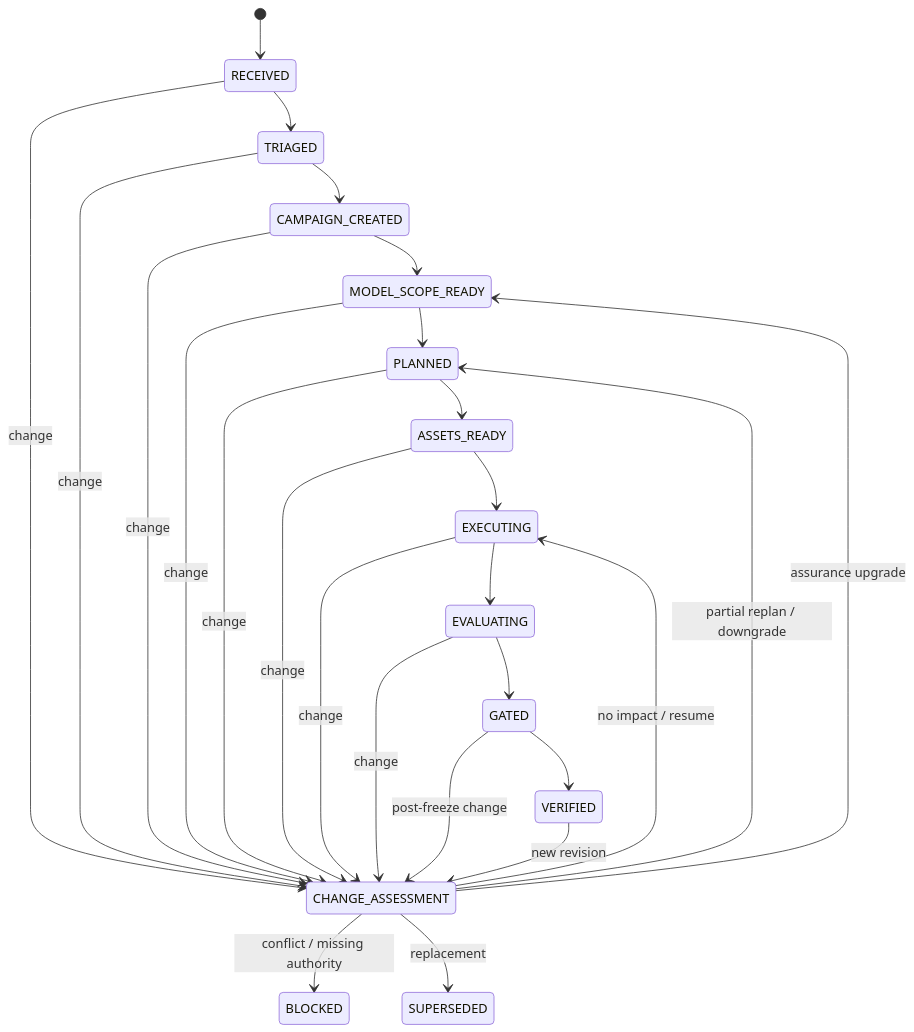
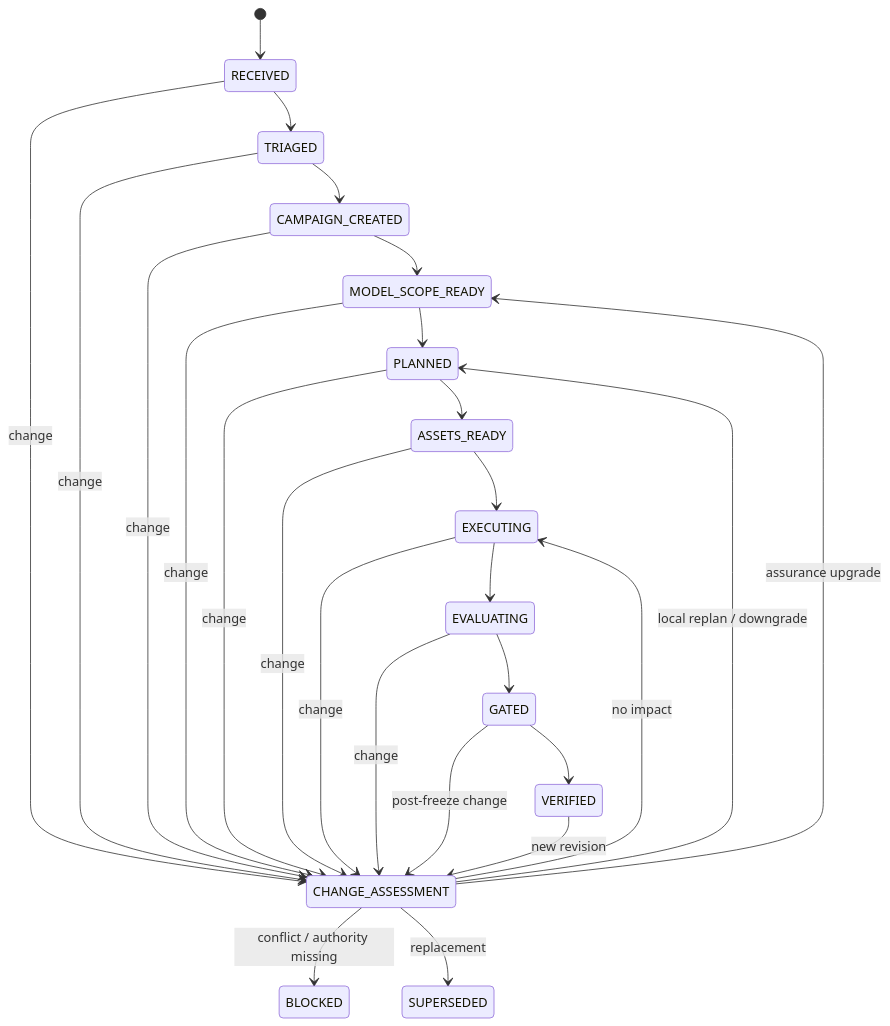
The second of 2 diagrams in docs/ai-test-agent-closed-loop-plan.md (lsq1030757028/Pytest-playwright-e2e), drawn with Mermaid before and after one commit. The commit also changed other lines of this file, not shown here.

Commit message:
docs: revise roadmap around capability harness

````diff
--- a/docs/ai-test-agent-closed-loop-plan.md
+++ b/docs/ai-test-agent-closed-loop-plan.md
@@ -360,30 +192,30 @@
 ```mermaid
 stateDiagram-v2
     [*] --> RECEIVED
     RECEIVED --> TRIAGED
     TRIAGED --> CAMPAIGN_CREATED
     CAMPAIGN_CREATED --> MODEL_SCOPE_READY
     MODEL_SCOPE_READY --> PLANNED
     PLANNED --> ASSETS_READY
     ASSETS_READY --> EXECUTING
     EXECUTING --> EVALUATING
     EVALUATING --> GATED
     GATED --> VERIFIED
 
     RECEIVED --> CHANGE_ASSESSMENT: change
     TRIAGED --> CHANGE_ASSESSMENT: change
     CAMPAIGN_CREATED --> CHANGE_ASSESSMENT: change
     MODEL_SCOPE_READY --> CHANGE_ASSESSMENT: change
     PLANNED --> CHANGE_ASSESSMENT: change
     ASSETS_READY --> CHANGE_ASSESSMENT: change
     EXECUTING --> CHANGE_ASSESSMENT: change
     EVALUATING --> CHANGE_ASSESSMENT: change
     GATED --> CHANGE_ASSESSMENT: post-freeze change
     VERIFIED --> CHANGE_ASSESSMENT: new revision
 
-    CHANGE_ASSESSMENT --> EXECUTING: no impact / resume
-    CHANGE_ASSESSMENT --> PLANNED: partial replan / downgrade
+    CHANGE_ASSESSMENT --> EXECUTING: no impact
+    CHANGE_ASSESSMENT --> PLANNED: local replan / downgrade
     CHANGE_ASSESSMENT --> MODEL_SCOPE_READY: assurance upgrade
-    CHANGE_ASSESSMENT --> BLOCKED: conflict / missing authority
+    CHANGE_ASSESSMENT --> BLOCKED: conflict / authority missing
     CHANGE_ASSESSMENT --> SUPERSEDED: replacement
 ```
````
